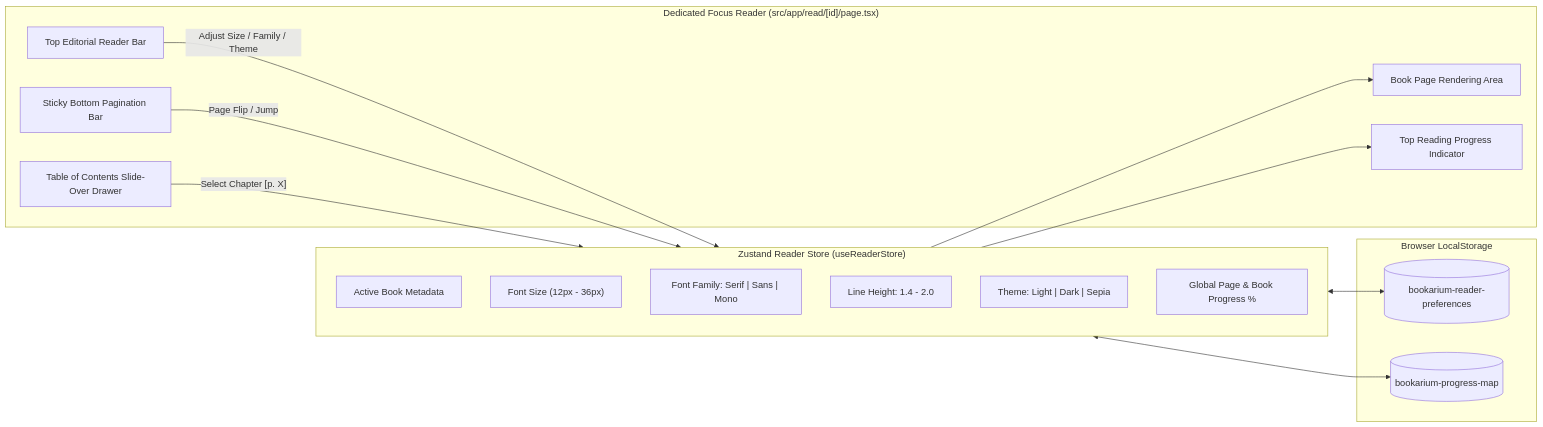
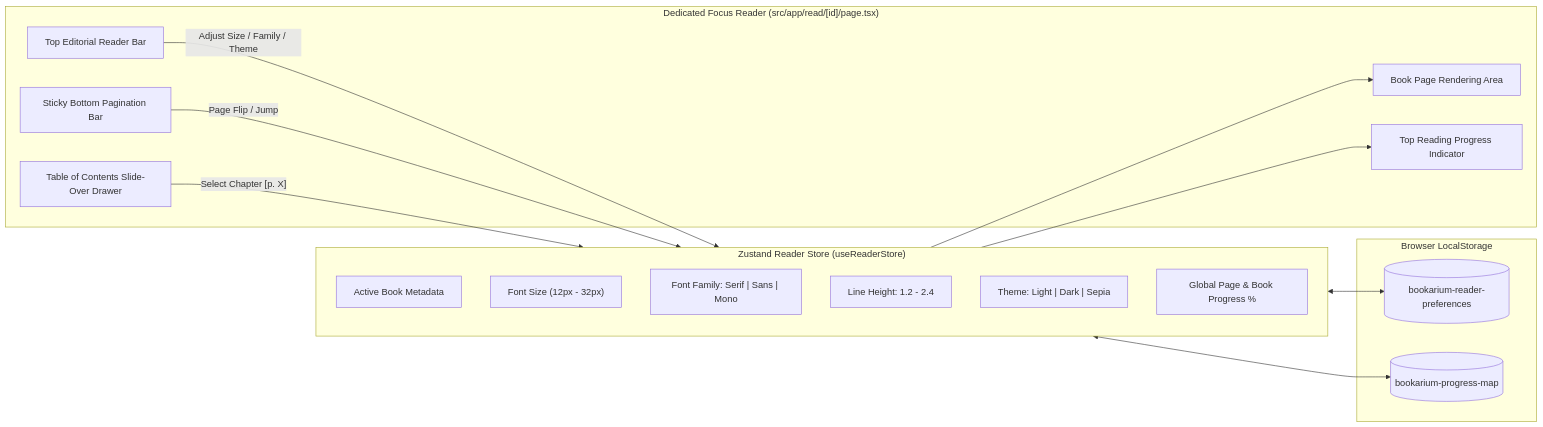
One commit to calin-m/Bookarium changed the second of 2 diagrams in README.md. Above: the diagram before and after it, drawn with Mermaid. The commit also changed other lines of this file and 37 other files, not shown here.

````diff
--- a/README.md
+++ b/README.md
@@ -132,32 +136,32 @@
 ```mermaid
 flowchart LR
     subgraph ReaderState ["Zustand Reader Store (useReaderStore)"]
         ActiveBook["Active Book Metadata"]
-        FontSize["Font Size (12px - 36px)"]
+        FontSize["Font Size (12px - 32px)"]
         FontFamily["Font Family: Serif | Sans | Mono"]
-        LineHeight["Line Height: 1.4 - 2.0"]
+        LineHeight["Line Height: 1.2 - 2.4"]
         Theme["Theme: Light | Dark | Sepia"]
         Progress["Global Page & Book Progress %"]
     end
 
     subgraph ReaderView ["Dedicated Focus Reader (src/app/read/[id]/page.tsx)"]
         Toolbar["Top Editorial Reader Bar"]
         ContentArea["Book Page Rendering Area"]
         ProgressBar["Top Reading Progress Indicator"]
         FooterBar["Sticky Bottom Pagination Bar"]
         TOC["Table of Contents Slide-Over Drawer"]
     end
 
     subgraph Persistence ["Browser LocalStorage"]
         LSState[("bookarium-reader-preferences")]
         LSProgress[("bookarium-progress-map")]
     end
 
     Toolbar -->|Adjust Size / Family / Theme| ReaderState
     ReaderState --> ContentArea
     ReaderState --> ProgressBar
     FooterBar -->|Page Flip / Jump| ReaderState
     TOC -->|"Select Chapter [p. X]"| ReaderState
     ReaderState <--> LSState
     ReaderState <--> LSProgress
 ```
````
